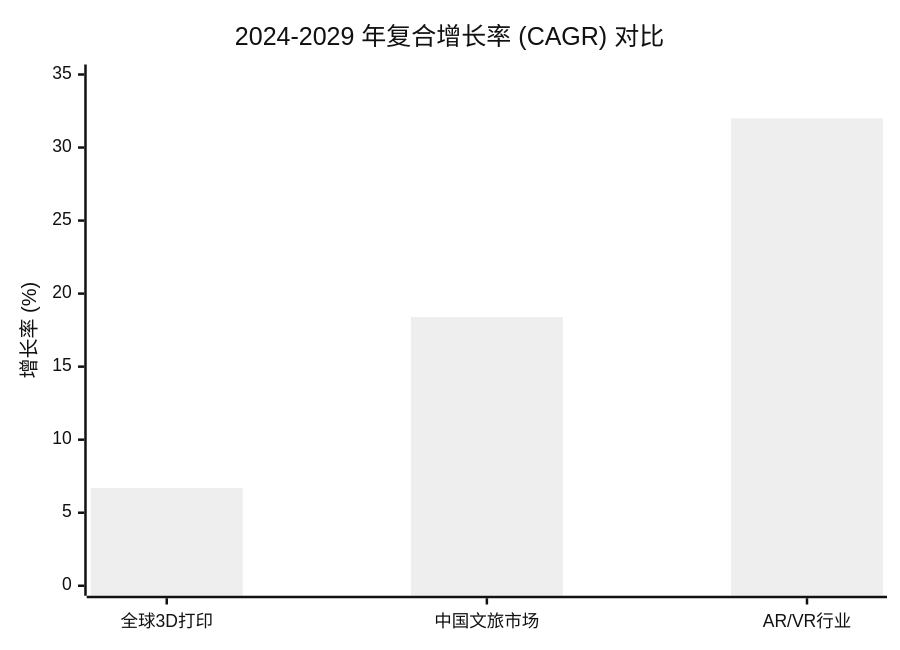
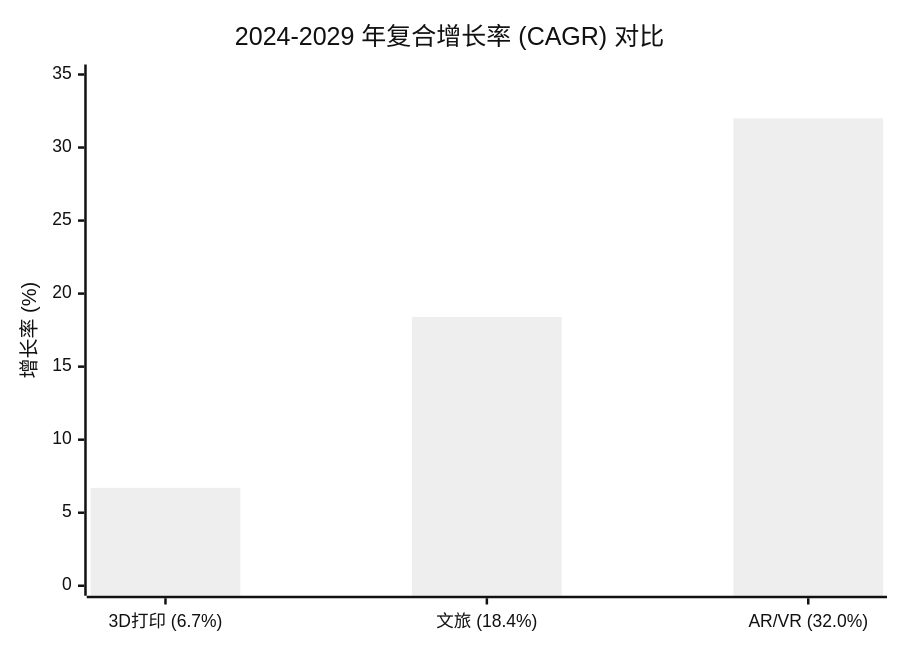
Before and after one commit to mayouer123456/Boundless_Treasures_BP: the first of 8 diagrams in Data_Visualizations_Boundless_Treasures.md, drawn with Mermaid (neutral theme). The commit also changed other lines of this file, not shown here.

Commit message:
Enhance charts with visible labels and data tables

````diff
--- a/Data_Visualizations_Boundless_Treasures.md
+++ b/Data_Visualizations_Boundless_Treasures.md
@@ -8,7 +8,7 @@
 ```mermaid
 xychart-beta
     title "2024-2029 年复合增长率 (CAGR) 对比"
-    x-axis ["全球3D打印", "中国文旅市场", "AR/VR行业"]
+    x-axis ["3D打印 (6.7%)", "文旅 (18.4%)", "AR/VR (32.0%)"]
     y-axis "增长率 (%)" 0 --> 35
     bar [6.7, 18.4, 32.0]
 ```
````
